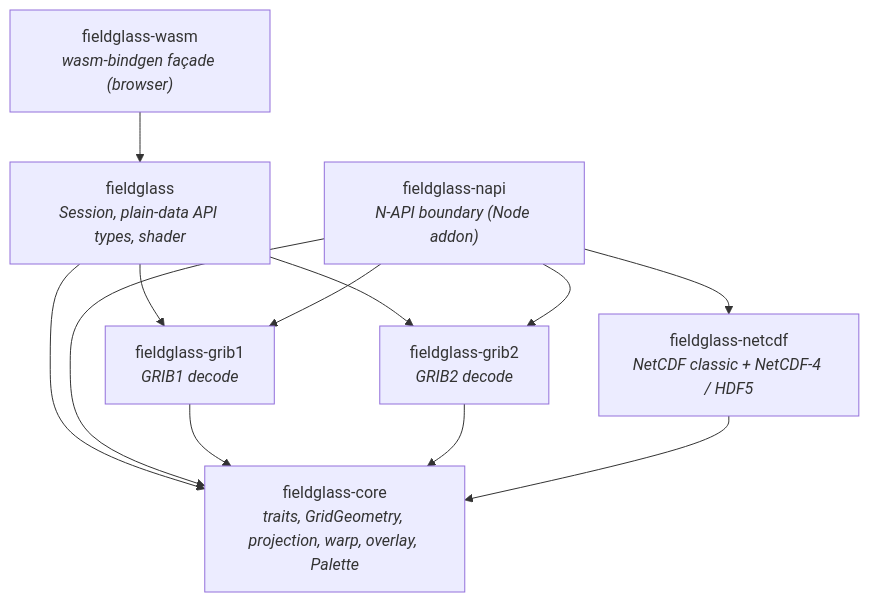
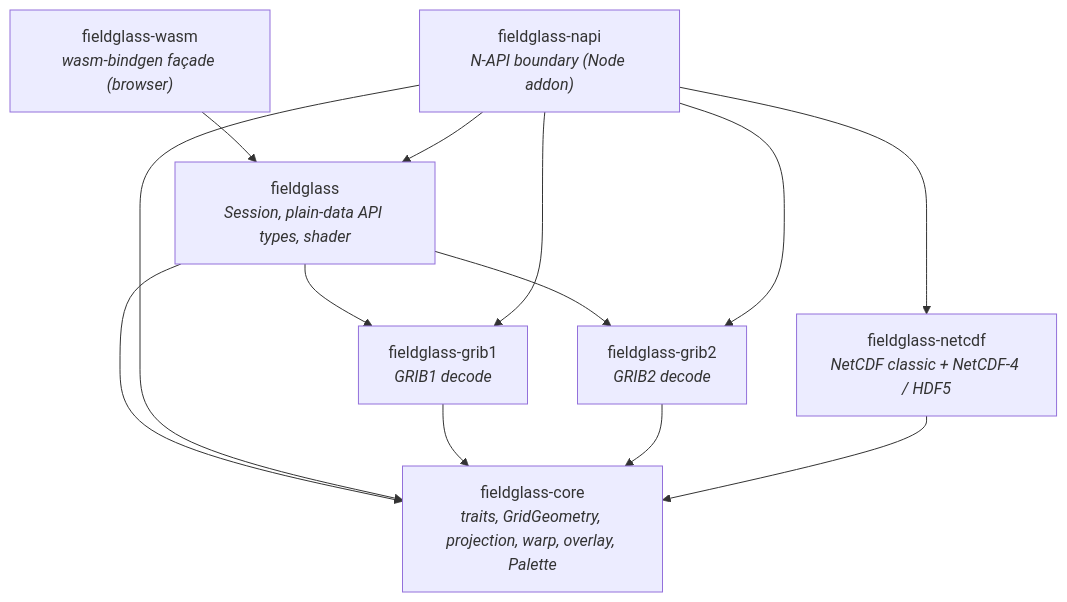
The diagram in docs/architecture/01-crates.md (D0ubleD0uble/fieldglass), drawn with Mermaid before and after one commit. The commit also changed other lines of this file and 9 other files, not shown here.

````diff
--- a/docs/architecture/01-crates.md
+++ b/docs/architecture/01-crates.md
@@ -14,22 +18,23 @@
 ```mermaid
 flowchart TD
     napi["fieldglass-napi<br/><i>N-API boundary (Node addon)</i>"]
     wasm["fieldglass-wasm<br/><i>wasm-bindgen façade (browser)</i>"]
     fieldglass["fieldglass<br/><i>Session, plain-data API types, shader</i>"]
     grib1["fieldglass-grib1<br/><i>GRIB1 decode</i>"]
     grib2["fieldglass-grib2<br/><i>GRIB2 decode</i>"]
     netcdf["fieldglass-netcdf<br/><i>NetCDF classic + NetCDF-4 / HDF5</i>"]
     core["fieldglass-core<br/><i>traits, GridGeometry, projection, warp, overlay, Palette</i>"]
 
     wasm --> fieldglass
     fieldglass --> grib1
     fieldglass --> grib2
     fieldglass --> core
+    napi --> fieldglass
     napi --> grib1
     napi --> grib2
     napi --> netcdf
     napi --> core
     grib1 --> core
     grib2 --> core
     netcdf --> core
 ```
````
